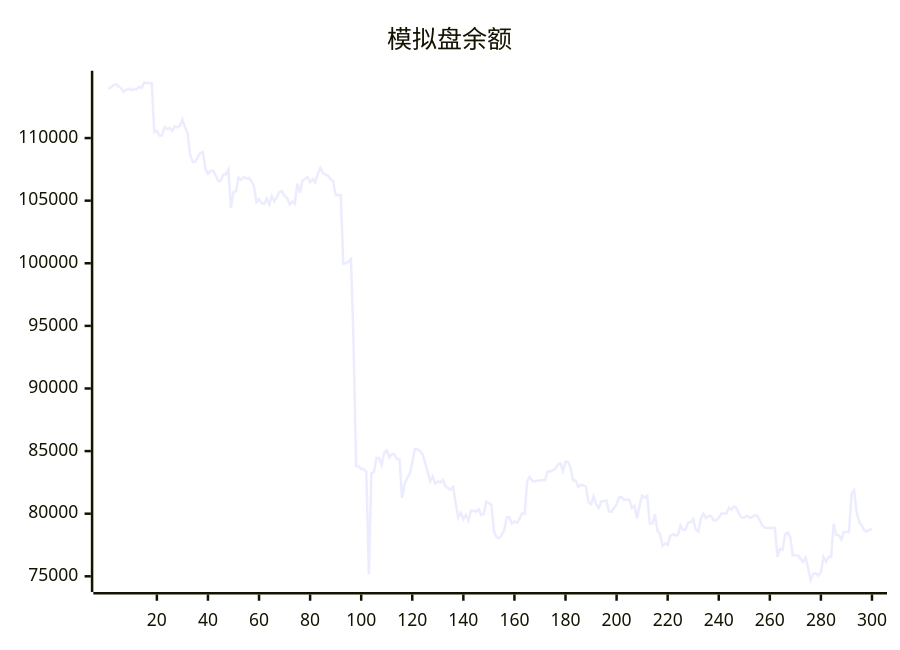
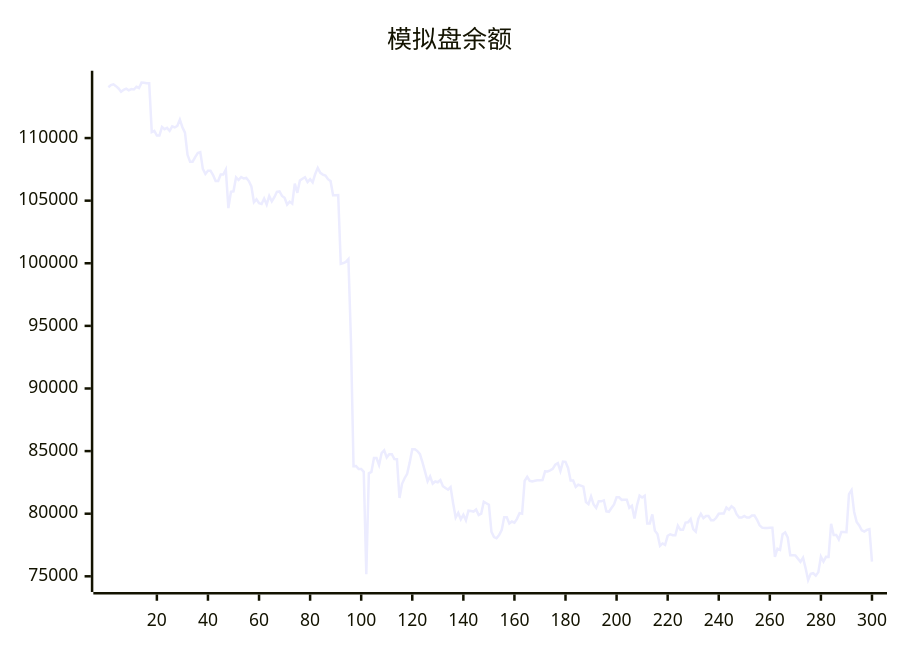
The diagram in README.md (aahl/ai-trading), drawn with Mermaid before and after one commit. The commit also changed other lines of this file and 1 other file, not shown here.

````diff
--- a/README.md
+++ b/README.md
@@ -5,5 +5,5 @@
 ```mermaid
 xychart
     title "模拟盘余额"
-    line [113929,114064,114232,114293,114144,113960,113698,113853,113942,113812,113908,113877,114091,113998,114427,114422,114384,114384,110477,110576,110198,110198,110890,110712,110812,110569,110929,110847,110968,111478,110870,110433,108661,108116,108115,108485,108797,108877,107536,107134,107393,107393,107046,106565,106565,107081,107081,107478,104404,105715,105749,106866,106651,106889,106771,106816,106565,106141,104876,105103,104796,104734,105169,104690,105380,104941,105272,105709,105739,105374,105227,104691,104924,104762,106364,105628,106608,106748,106872,106485,106721,106468,107132,107620,107224,107080,107001,106717,106567,105431,105431,105440,99950,100017,100113,100337,93749,83795,83807,83567,83567,83342,75168,83222,83336,84448,84449,83896,84839,85065,84499,84757,84757,84364,84347,81254,82385,82835,83184,84099,85150,85150,85002,84751,84096,83356,82582,82983,82404,82572,82512,82688,82200,82047,81920,82125,80840,79688,80060,79552,79920,79470,80236,80208,80170,80336,79894,80006,80954,80837,80712,78561,78139,78037,78293,78682,79720,79720,79214,79372,79279,79591,80046,79993,82625,82950,82626,82571,82633,82670,82670,82681,83386,83378,83464,83579,83920,84037,83402,84160,84142,83652,82655,82655,82145,82315,82243,82163,80934,80770,81371,80742,80468,80989,80989,81067,80191,80155,80450,80737,81309,81309,81106,81119,81119,80471,80631,79624,80670,81448,81290,81429,79212,79222,79940,78643,78380,77432,77623,77504,78235,78358,78284,78277,79048,78714,78714,79290,79308,79567,78763,78563,79603,79988,79652,79813,79813,79476,79469,79673,79995,80015,80015,80486,80314,80600,80436,79966,79689,79689,79819,79692,79692,79850,79850,79518,79071,78889,78850,78850,78878,78878,76554,77202,77103,78357,78510,78106,76678,76677,76672,76411,76159,76485,75656,74695,75197,75246,75052,75334,76564,76179,76553,76551,79196,78300,78300,77944,78531,78531,78521,81564,81884,80160,79335,79055,78675,78580,78708,78764]
+    line [114064,114232,114293,114144,113960,113698,113853,113942,113812,113908,113877,114091,113998,114427,114422,114384,114384,110477,110576,110198,110198,110890,110712,110812,110569,110929,110847,110968,111478,110870,110433,108661,108116,108115,108485,108797,108877,107536,107134,107393,107393,107046,106565,106565,107081,107081,107478,104404,105715,105749,106866,106651,106889,106771,106816,106565,106141,104876,105103,104796,104734,105169,104690,105380,104941,105272,105709,105739,105374,105227,104691,104924,104762,106364,105628,106608,106748,106872,106485,106721,106468,107132,107620,107224,107080,107001,106717,106567,105431,105431,105440,99950,100017,100113,100337,93749,83795,83807,83567,83567,83342,75168,83222,83336,84448,84449,83896,84839,85065,84499,84757,84757,84364,84347,81254,82385,82835,83184,84099,85150,85150,85002,84751,84096,83356,82582,82983,82404,82572,82512,82688,82200,82047,81920,82125,80840,79688,80060,79552,79920,79470,80236,80208,80170,80336,79894,80006,80954,80837,80712,78561,78139,78037,78293,78682,79720,79720,79214,79372,79279,79591,80046,79993,82625,82950,82626,82571,82633,82670,82670,82681,83386,83378,83464,83579,83920,84037,83402,84160,84142,83652,82655,82655,82145,82315,82243,82163,80934,80770,81371,80742,80468,80989,80989,81067,80191,80155,80450,80737,81309,81309,81106,81119,81119,80471,80631,79624,80670,81448,81290,81429,79212,79222,79940,78643,78380,77432,77623,77504,78235,78358,78284,78277,79048,78714,78714,79290,79308,79567,78763,78563,79603,79988,79652,79813,79813,79476,79469,79673,79995,80015,80015,80486,80314,80600,80436,79966,79689,79689,79819,79692,79692,79850,79850,79518,79071,78889,78850,78850,78878,78878,76554,77202,77103,78357,78510,78106,76678,76677,76672,76411,76159,76485,75656,74695,75197,75246,75052,75334,76564,76179,76553,76551,79196,78300,78300,77944,78531,78531,78521,81564,81884,80160,79335,79055,78675,78580,78708,78764,76179]
 ```
````
